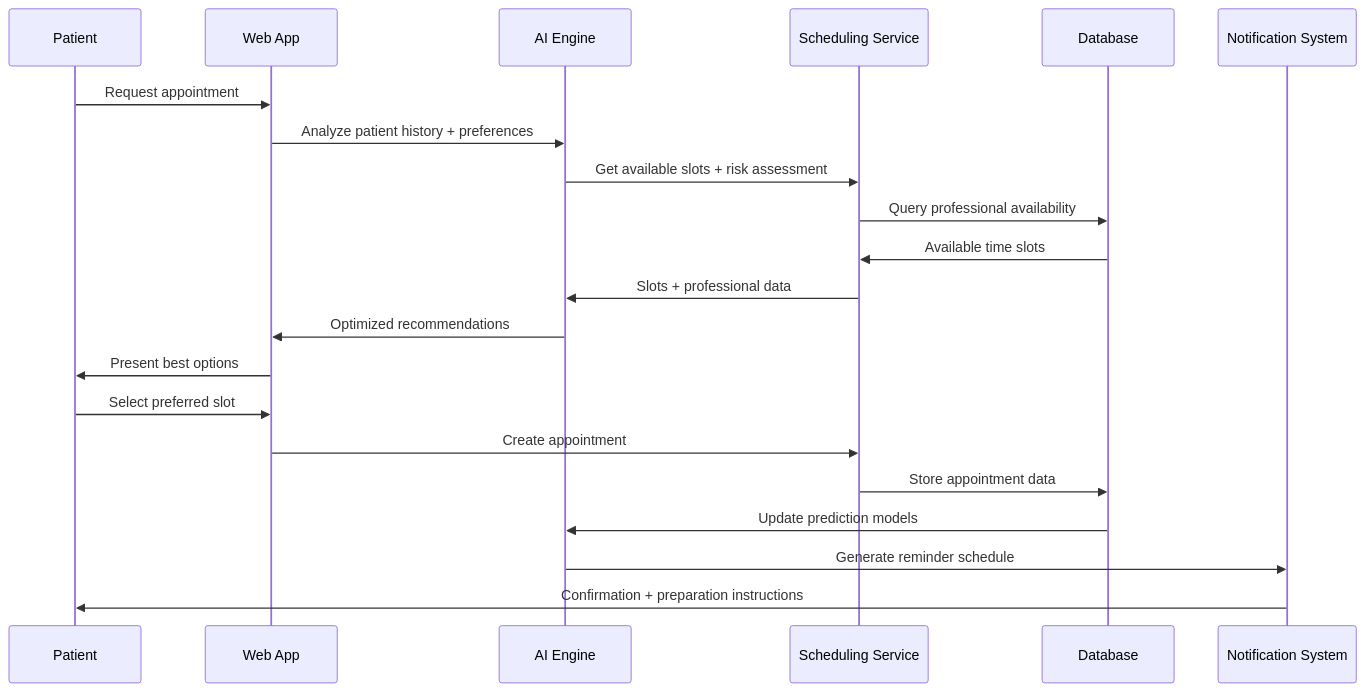
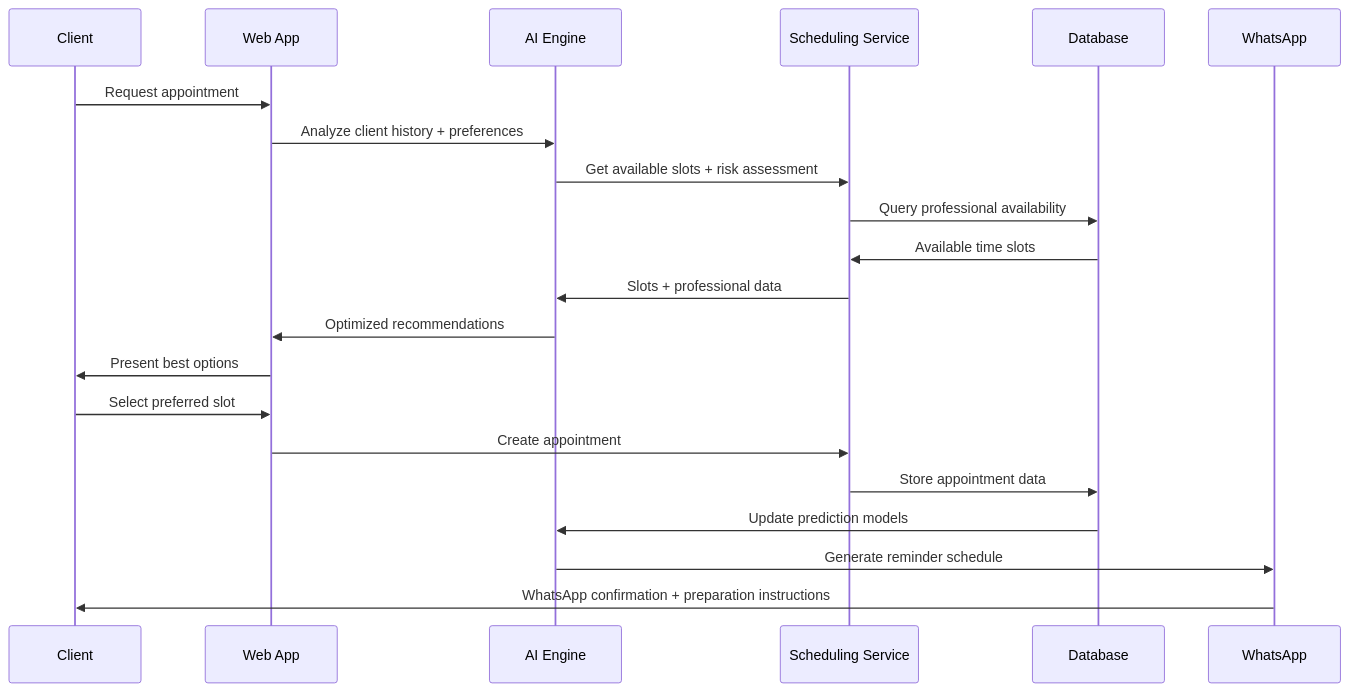
One commit to GrupoUS/neonpro changed the fifth of 16 diagrams in docs/architecture/aesthetic-platform-flows.md. Above: the diagram before and after it, drawn with Mermaid. The commit also changed other lines of this file and 892 other files, not shown here.

````diff
--- a/docs/architecture/aesthetic-platform-flows.md
+++ b/docs/architecture/aesthetic-platform-flows.md
@@ -177,24 +240,24 @@
 ```mermaid
 sequenceDiagram
-    participant P as Patient
+    participant C as Client
     participant W as Web App
     participant AI as AI Engine
     participant S as Scheduling Service
     participant DB as Database
-    participant N as Notification System
+    participant WP as WhatsApp
 
-    P->>W: Request appointment
-    W->>AI: Analyze patient history + preferences
+    C->>W: Request appointment
+    W->>AI: Analyze client history + preferences
     AI->>S: Get available slots + risk assessment
     S->>DB: Query professional availability
     DB->>S: Available time slots
     S->>AI: Slots + professional data
     AI->>W: Optimized recommendations
-    W->>P: Present best options
-    P->>W: Select preferred slot
+    W->>C: Present best options
+    C->>W: Select preferred slot
     W->>S: Create appointment
     S->>DB: Store appointment data
     DB->>AI: Update prediction models
-    AI->>N: Generate reminder schedule
-    N->>P: Confirmation + preparation instructions
+    AI->>WP: Generate reminder schedule
+    WP->>C: WhatsApp confirmation + preparation instructions
 ```
````
